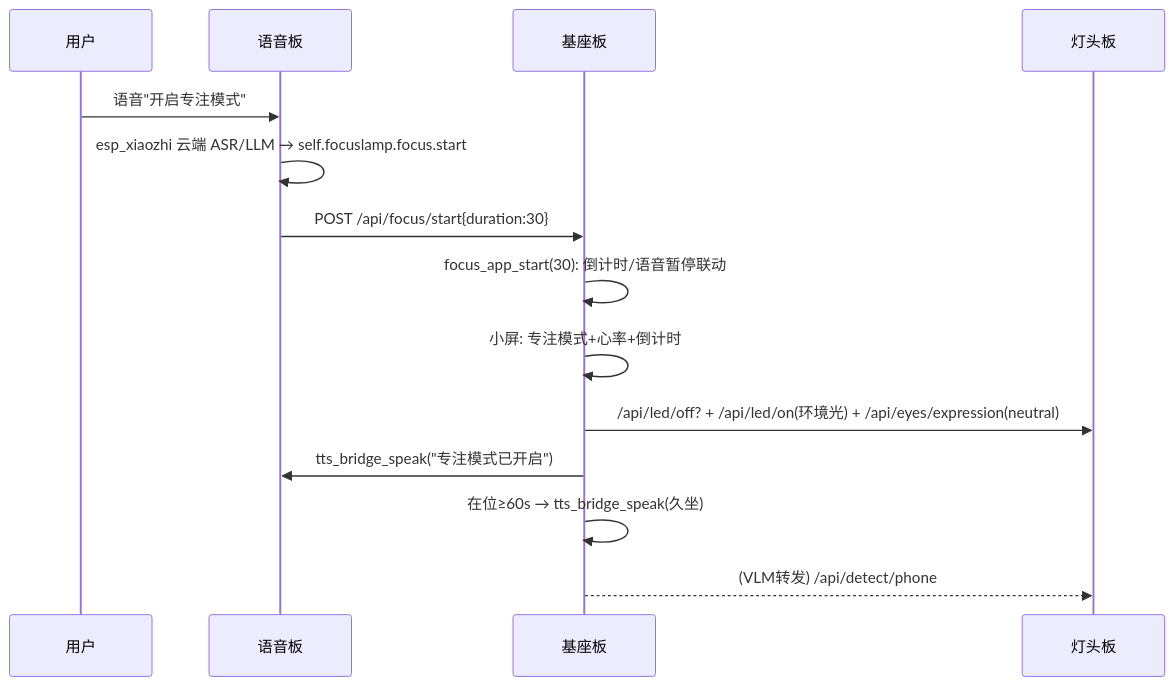
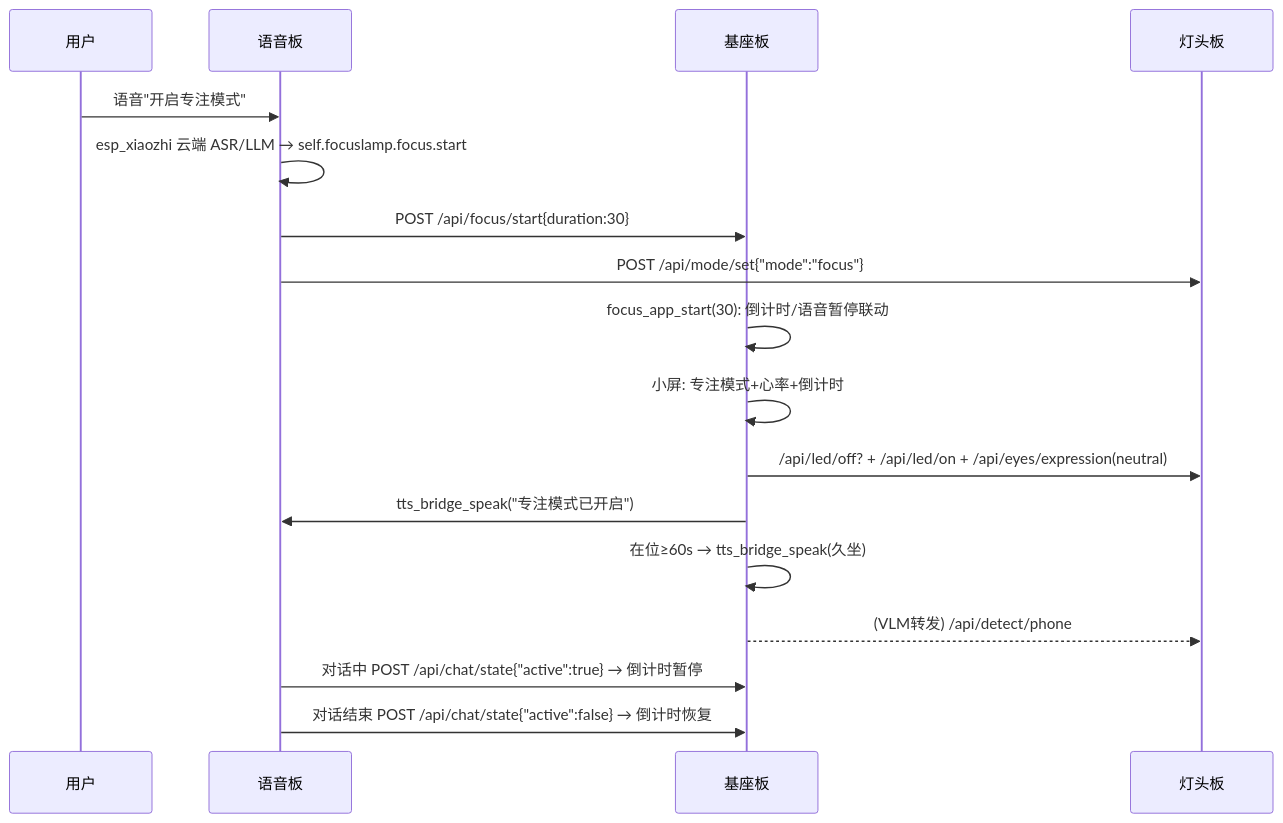
Before and after one commit to FocusGroup8/FocusLamp_DEMO2: the fifth of 6 diagrams in plan/09-三板联动Demo接口契约.md, drawn with Mermaid. The commit also changed other lines of this file and 9 other files, not shown here.

````diff
--- a/plan/09-三板联动Demo接口契约.md
+++ b/plan/09-三板联动Demo接口契约.md
@@ -172,16 +171,19 @@
 ```mermaid
 sequenceDiagram
     participant U as 用户
     participant T as 语音板
     participant B as 基座板
     participant H as 灯头板
     U->>T: 语音"开启专注模式"
     T->>T: esp_xiaozhi 云端 ASR/LLM → self.focuslamp.focus.start
     T->>B: POST /api/focus/start{duration:30}
+    T->>H: POST /api/mode/set{"mode":"focus"}
     B->>B: focus_app_start(30): 倒计时/语音暂停联动
     B->>B: 小屏: 专注模式+心率+倒计时
-    B->>H: /api/led/off? + /api/led/on(环境光) + /api/eyes/expression(neutral)
+    B->>H: /api/led/off? + /api/led/on + /api/eyes/expression(neutral)
     B->>T: tts_bridge_speak("专注模式已开启")
     B->>B: 在位≥60s → tts_bridge_speak(久坐)
     B-->>H: (VLM转发) /api/detect/phone
+    T->>B: 对话中 POST /api/chat/state{"active":true} → 倒计时暂停
+    T->>B: 对话结束 POST /api/chat/state{"active":false} → 倒计时恢复
 ```
````
